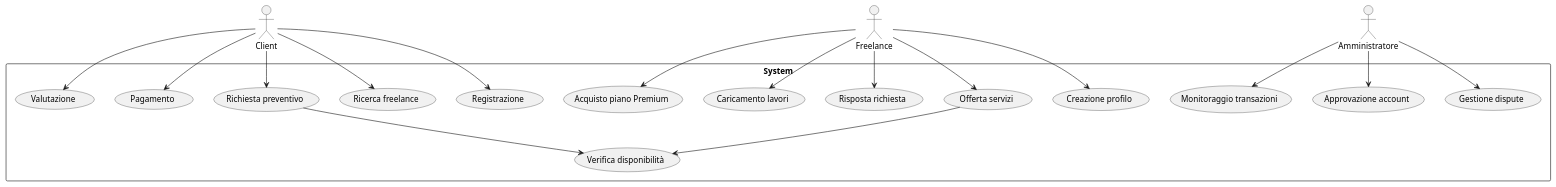
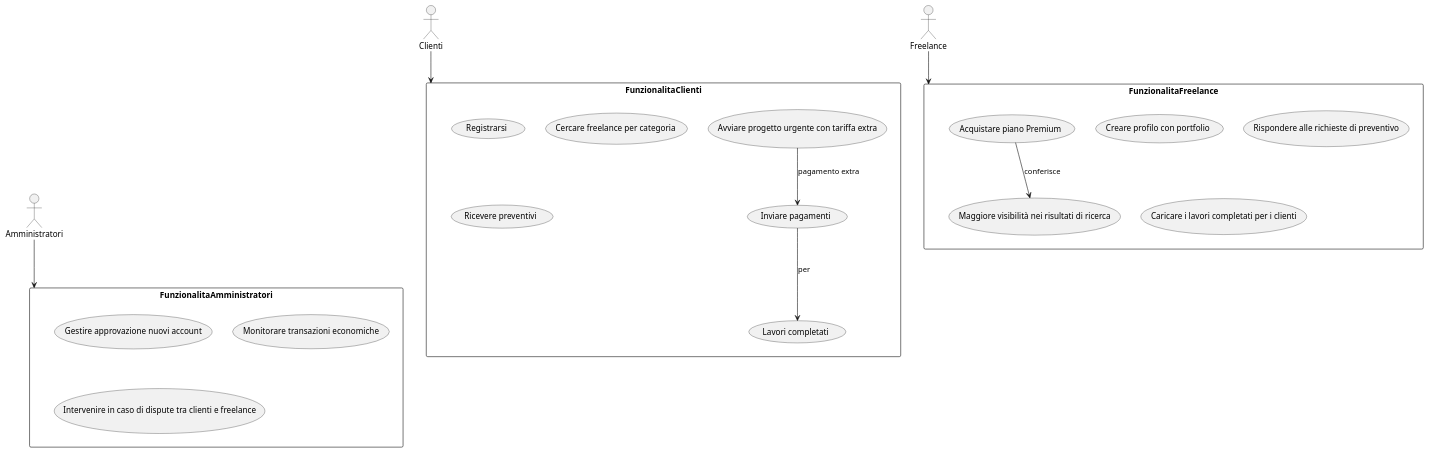
The diagram in UML/Usecase Diagram/Esercizi/PrimiEsercizi/GestionePiattaformaFreelance.puml (Francy-Coder/TPSI), drawn with PlantUML before and after one commit.

```diff
--- a/UML/Usecase Diagram/Esercizi/PrimiEsercizi/GestionePiattaformaFreelance.puml
+++ b/UML/Usecase Diagram/Esercizi/PrimiEsercizi/GestionePiattaformaFreelance.puml
@@ -1,41 +1,38 @@
 @startuml
-:Client: as cl
-:Freelance: as fl
-:Amministratore: as admin
 
-rectangle System {
-  (Registrazione) as reg
-  (Ricerca freelance) as search
-  (Richiesta preventivo) as request
-  (Pagamento) as payment
-  (Valutazione) as rating
-  (Creazione profilo) as createProfile
-  (Offerta servizi) as offer
-  (Risposta richiesta) as response
-  (Caricamento lavori) as upload
-  (Acquisto piano Premium) as premium
-  (Approvazione account) as ap
-  (Monitoraggio transazioni) as monitor
-  (Gestione dispute) as dispute
-  (Verifica disponibilità) as availability
+:Clienti: as a1
+:Freelance: as a2
+:Amministratori: as a3
+
+rectangle FunzionalitaClienti as r1 {
+    (Registrarsi) as fc1
+    (Cercare freelance per categoria) as fc2
+    (Ricevere preventivi) as fc3
+    (Inviare pagamenti) as fc4
+    (Lavori completati) as sfc1
+    (Avviare progetto urgente con tariffa extra) as sfc2
 }
 
-cl --> reg
-cl --> search
-cl --> request
-cl --> payment
-cl --> rating
+rectangle FunzionalitaFreelance as r2 {
+    (Creare profilo con portfolio) as ff1
+    (Rispondere alle richieste di preventivo) as ff2
+    (Caricare i lavori completati per i clienti) as ff3
+    (Acquistare piano Premium) as ssff1
+    (Maggiore visibilità nei risultati di ricerca) as sssff1
+}
 
-fl --> createProfile
-fl --> offer
-fl --> response
-fl --> upload
-fl --> premium
+rectangle FunzionalitaAmministratori as r3 {
+    (Gestire approvazione nuovi account) as fa1
+    (Monitorare transazioni economiche) as fa2
+    (Intervenire in caso di dispute tra clienti e freelance) as fa3
+}
 
-admin --> ap
-admin --> monitor
-admin --> dispute
+a1 --> r1
+a2 --> r2
+a3 --> r3
 
-request --> availability
-offer --> availability
+fc4 --> sfc1 : per
+sfc2 --> fc4 : pagamento extra
+ssff1 --> sssff1 : conferisce
+
 @enduml
```
